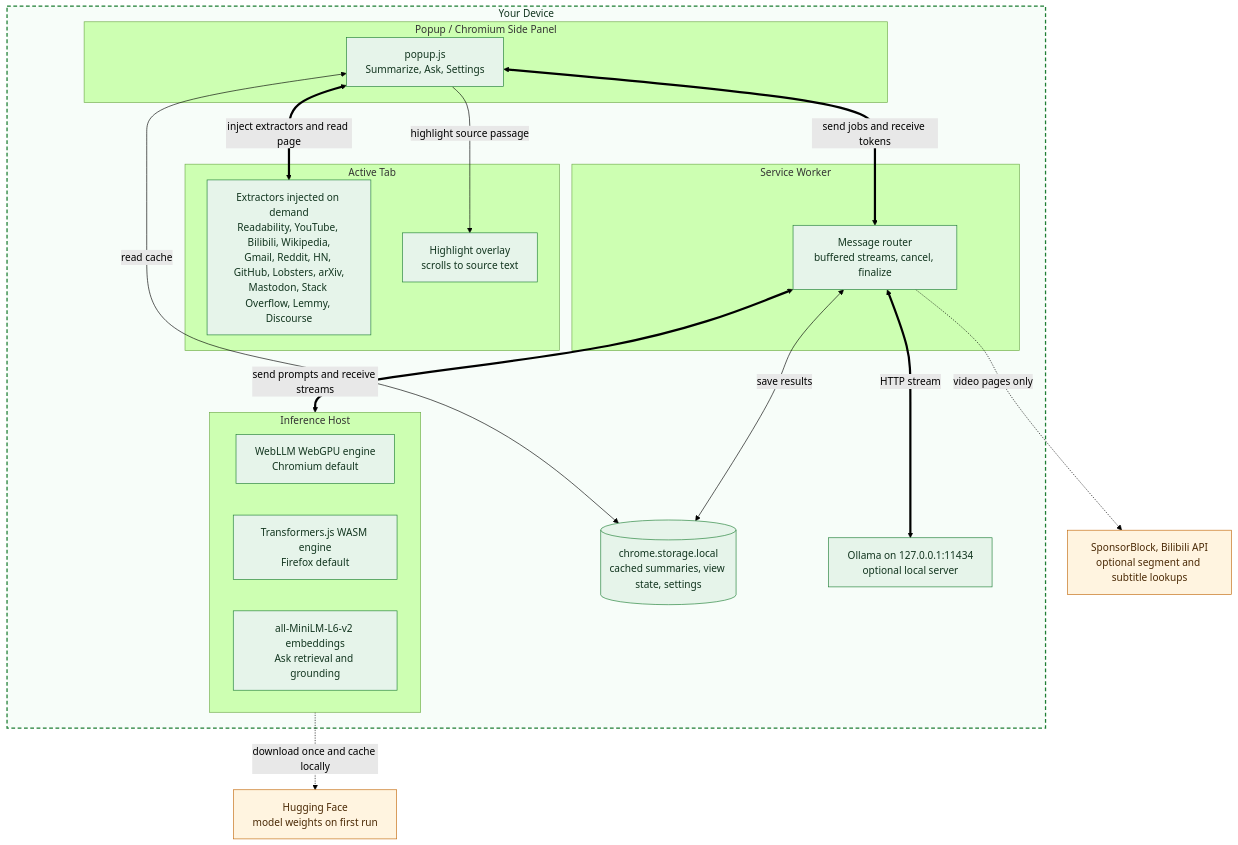
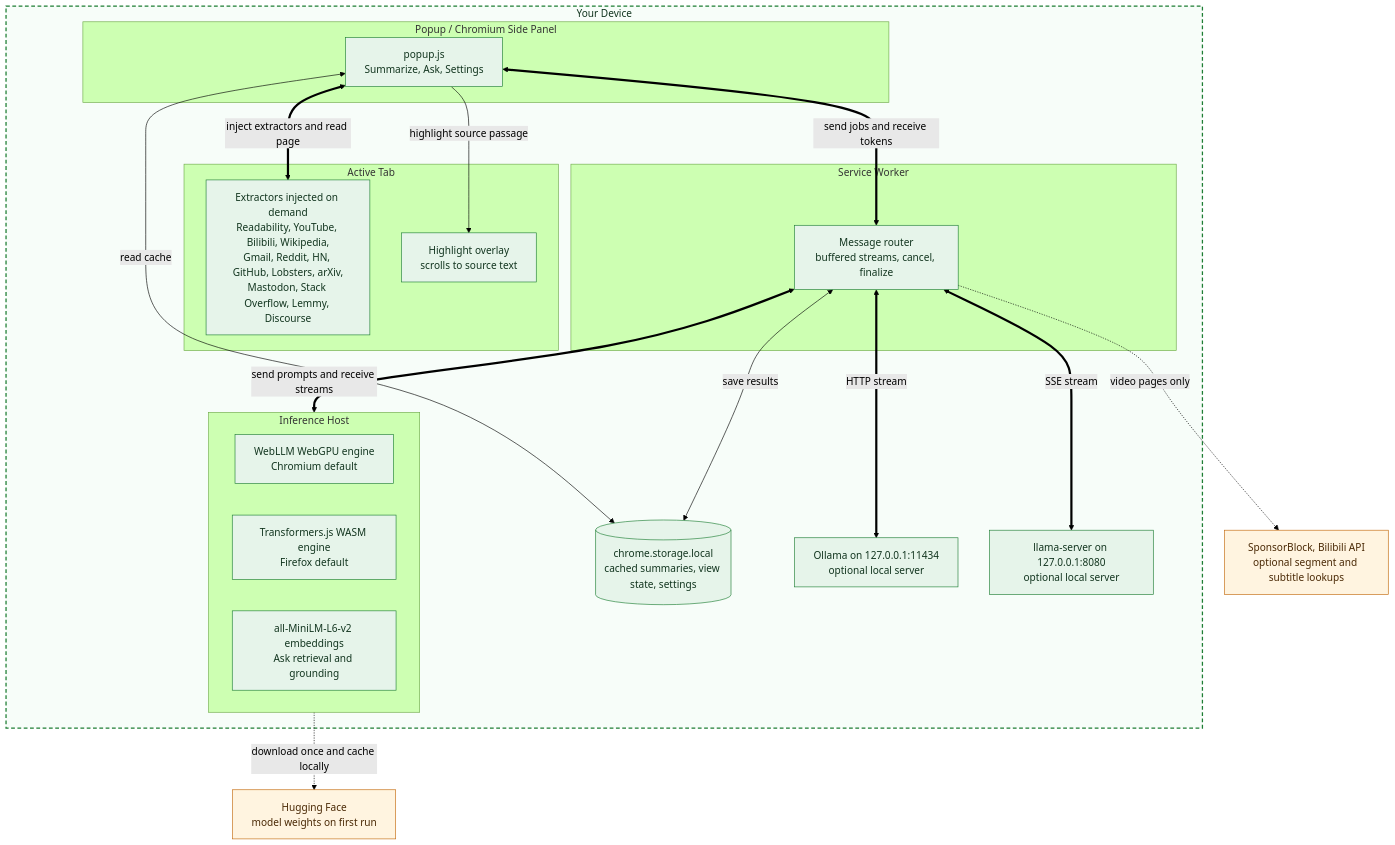
One commit to MayurK-cmd/apogee changed the first of 2 diagrams in ARCHITECTURE.md. Above: the diagram before and after it, drawn with Mermaid (forest theme). The commit also changed other lines of this file and 8 other files, not shown here.

````diff
--- a/ARCHITECTURE.md
+++ b/ARCHITECTURE.md
@@ -34,46 +36,48 @@
 ```mermaid
 flowchart TD
     subgraph device["Your Device"]
         subgraph page["Active Tab"]
             EX["Extractors injected on demand<br/>Readability, YouTube, Bilibili, Wikipedia,<br/>Gmail, Reddit, HN, GitHub, Lobsters, arXiv,<br/>Mastodon, Stack Overflow, Lemmy, Discourse"]
             HL["Highlight overlay<br/>scrolls to source text"]
         end
 
         subgraph ui["Popup / Chromium Side Panel"]
             POPUP["popup.js<br/>Summarize, Ask, Settings"]
         end
 
         subgraph bg["Service Worker"]
             ROUTER["Message router<br/>buffered streams, cancel, finalize"]
         end
 
         subgraph host["Inference Host"]
             WEBLLM["WebLLM WebGPU engine<br/>Chromium default"]
             TJS["Transformers.js WASM engine<br/>Firefox default"]
             EMB["all-MiniLM-L6-v2 embeddings<br/>Ask retrieval and grounding"]
         end
 
         STORE[("chrome.storage.local<br/>cached summaries, view state, settings")]
         OLLAMA["Ollama on 127.0.0.1:11434<br/>optional local server"]
+        LLAMACPP["llama-server on 127.0.0.1:8080<br/>optional local server"]
     end
 
     HF["Hugging Face<br/>model weights on first run"]
     APIS["SponsorBlock, Bilibili API<br/>optional segment and subtitle lookups"]
 
     POPUP <==>|"inject extractors and read page"| EX
     POPUP -->|"highlight source passage"| HL
     POPUP <==>|"send jobs and receive tokens"| ROUTER
     ROUTER <==>|"send prompts and receive streams"| host
     ROUTER <==>|"HTTP stream"| OLLAMA
+    ROUTER <==>|"SSE stream"| LLAMACPP
     POPUP <-->|"read cache"| STORE
     ROUTER <-->|"save results"| STORE
 
     host -.->|"download once and cache locally"| HF
     ROUTER -.->|"video pages only"| APIS
 
     classDef local fill:#e6f4ea,stroke:#1e7e34,color:#12351f
     classDef remote fill:#fff4e0,stroke:#c2680a,color:#4a2905
-    class EX,HL,POPUP,ROUTER,STORE,WEBLLM,TJS,EMB,OLLAMA local
+    class EX,HL,POPUP,ROUTER,STORE,WEBLLM,TJS,EMB,OLLAMA,LLAMACPP local
     class HF,APIS remote
     style device fill:#f7fdf9,stroke:#1e7e34,stroke-width:2px,stroke-dasharray:6 4,color:#12351f
 ```
````
